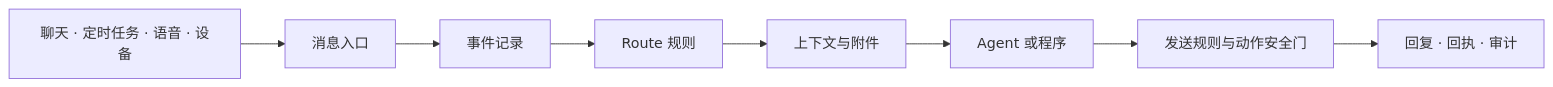
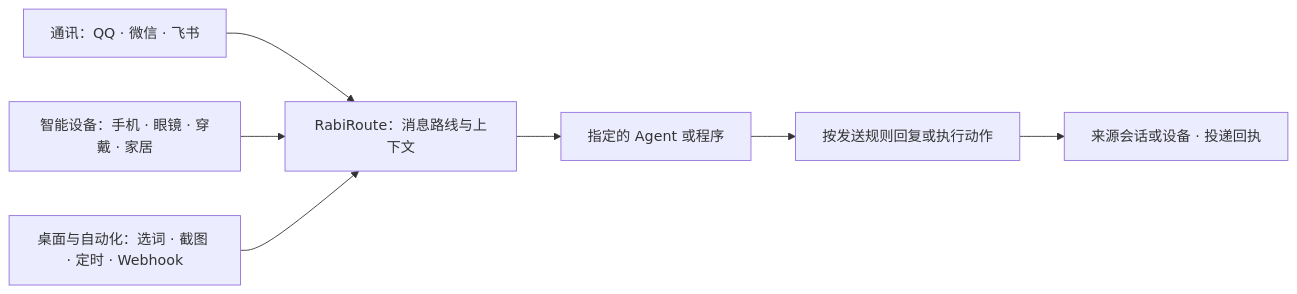
The diagram in README_zh.md (vb2250158/RabiRoute), drawn with Mermaid before and after one commit. The commit also changed other lines of this file and 1561 other files, not shown here.

````diff
--- a/README_zh.md
+++ b/README_zh.md
@@ -143,10 +171,9 @@
 ```mermaid
 flowchart LR
-    A[聊天 · 定时任务 · 语音 · 设备] --> B[消息入口]
-    B --> C[事件记录]
-    C --> D[Route 规则]
-    D --> E[上下文与附件]
-    E --> F[Agent 或程序]
-    F --> G[发送规则与动作安全门]
-    G --> H[回复 · 回执 · 审计]
+    A[通讯：QQ · 微信 · 飞书] --> R[RabiRoute：消息路线与上下文]
+    B[智能设备：手机 · 眼镜 · 穿戴 · 家居] --> R
+    C[桌面与自动化：选词 · 截图 · 定时 · Webhook] --> R
+    R --> D[指定的 Agent 或程序]
+    D --> E[按发送规则回复或执行动作]
+    E --> F[来源会话或设备 · 投递回执]
 ```
````
